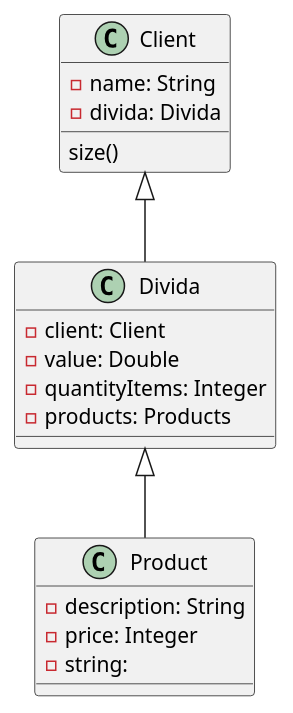
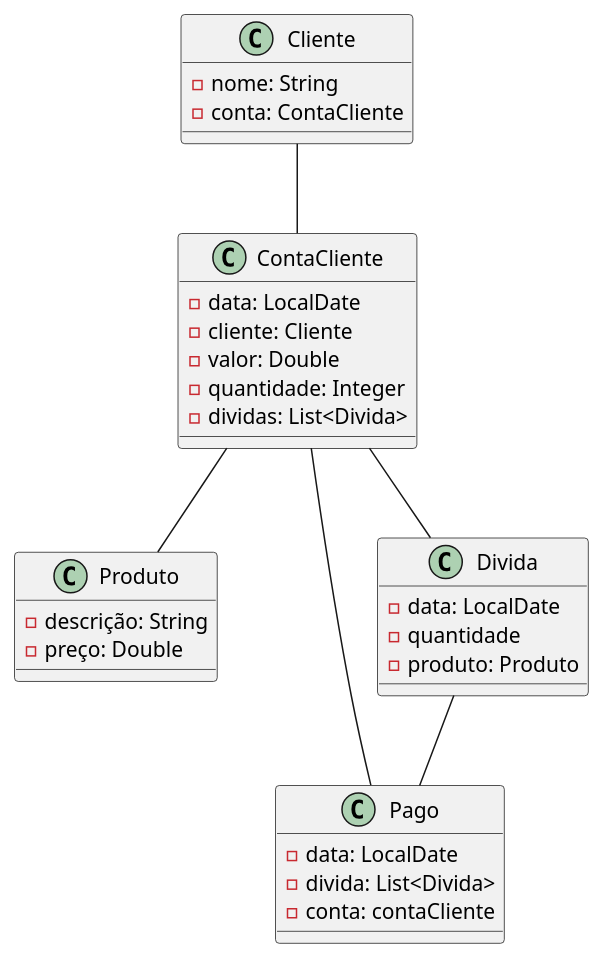
The diagram in backend/src/main/resources/.Accounts.puml (Henri-BS/gerencg), drawn with PlantUML before and after one commit. The commit also changed 17 other files, not shown here.

```diff
--- a/backend/src/main/resources/.Accounts.puml
+++ b/backend/src/main/resources/.Accounts.puml
@@ -1,26 +1,42 @@
 @startuml
 'https://plantuml.com/class-diagram
 
-Client <|-- Divida
-Divida <|-- Product
+Cliente -- ContaCliente
+ContaCliente -- Produto
+ContaCliente -- Pago
+ContaCliente -- Divida
+Divida -- Pago
 
-class Client {
--name: String
--divida: Divida
-size()
+class Cliente {
+-nome: String
+-conta: ContaCliente
+
+}
+
+class ContaCliente {
+-data: LocalDate
+-cliente: Cliente
+-valor: Double
+-quantidade: Integer
+-dividas: List<Divida>
+
+}
+
+class Pago {
+-data: LocalDate
+-divida: List<Divida>
+-conta: contaCliente
 }
 
 class Divida {
--client: Client
--value: Double
--quantityItems: Integer
--products: Products
+-data: LocalDate
+-quantidade
+-produto: Produto
 }
 
-class Product {
--description: String
--price: Integer
--string:
+class Produto {
+-descrição: String
+-preço: Double
 }
 
 @enduml
```
